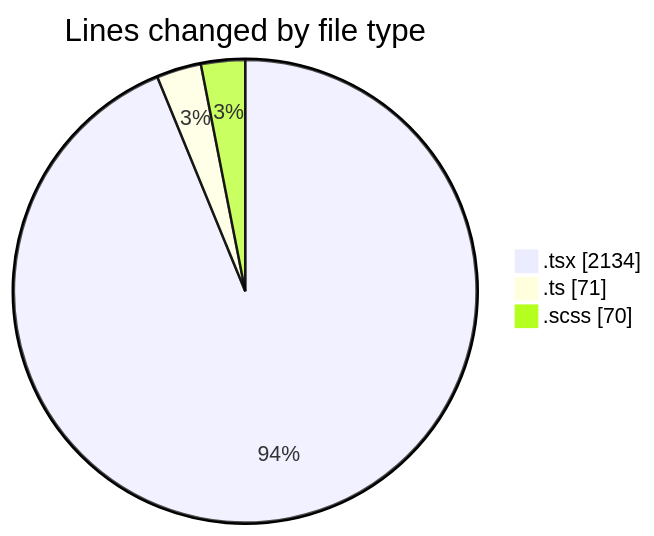
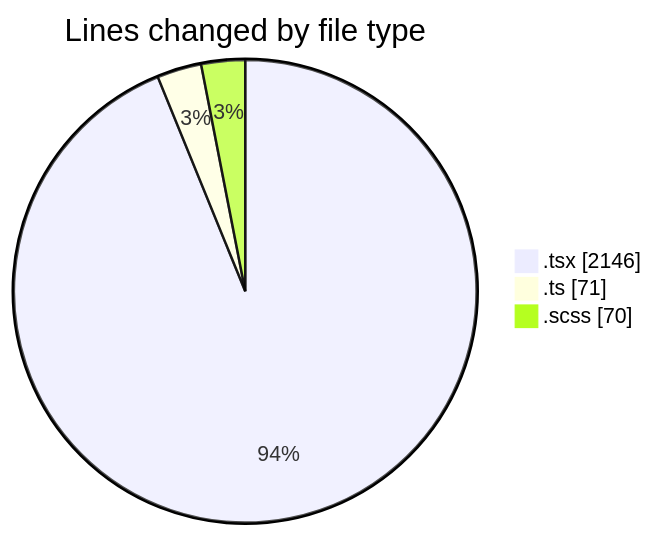
Before and after one commit to momahboobian/code-tracking: the first of 2 diagrams in 2025-02-11/cda/README.md, drawn with Mermaid. The commit also changed other lines of this file and 1 other file, not shown here.

````diff
--- a/2025-02-11/cda/README.md
+++ b/2025-02-11/cda/README.md
@@ -24,7 +24,7 @@
 ```mermaid
 pie showData
 title Lines changed by file type
-".tsx" : 2134
+".tsx" : 2146
 ".ts" : 71
 ".scss" : 70
 ```
````
